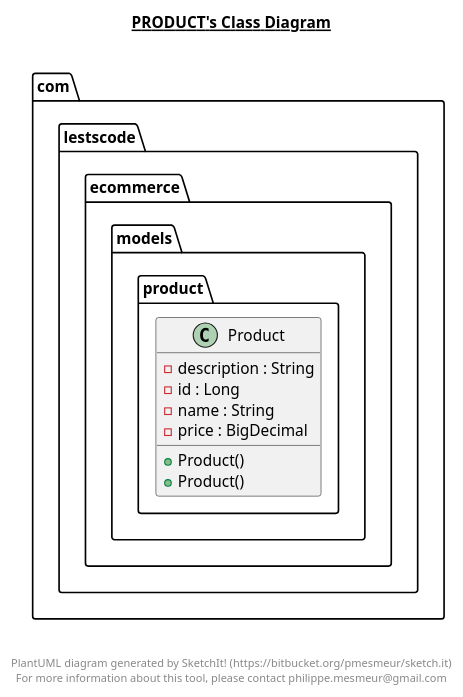
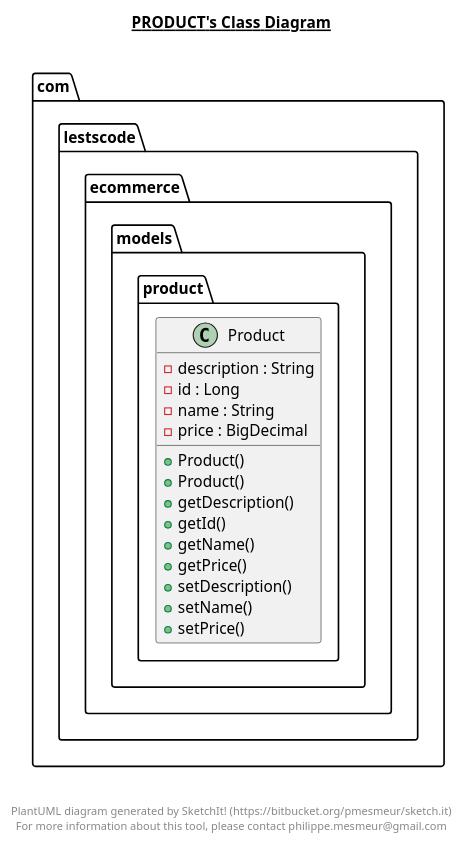
One commit to heyder48/ecommerce changed the diagram in src/main/java/com/lestscode/ecommerce/models/product/product.plantuml. Above: the diagram before and after it, drawn with PlantUML. The commit also changed 33 other files, not shown here.

```diff
--- a/src/main/java/com/lestscode/ecommerce/models/product/product.plantuml
+++ b/src/main/java/com/lestscode/ecommerce/models/product/product.plantuml
@@ -1,30 +1,37 @@
 @startuml
 
 title __PRODUCT's Class Diagram__\n
 
   namespace com.lestscode.ecommerce {
     namespace models {
       namespace product {
         class com.lestscode.ecommerce.models.product.Product {
             - description : String
             - id : Long
             - name : String
             - price : BigDecimal
             + Product()
             + Product()
+            + getDescription()
+            + getId()
+            + getName()
+            + getPrice()
+            + setDescription()
+            + setName()
+            + setPrice()
         }
       }
     }
   }
   
 
 
 
 right footer
 
 
 PlantUML diagram generated by SketchIt! (https://bitbucket.org/pmesmeur/sketch.it)
 For more information about this tool, please contact philippe.mesmeur@gmail.com
 endfooter
 
 @enduml
```
